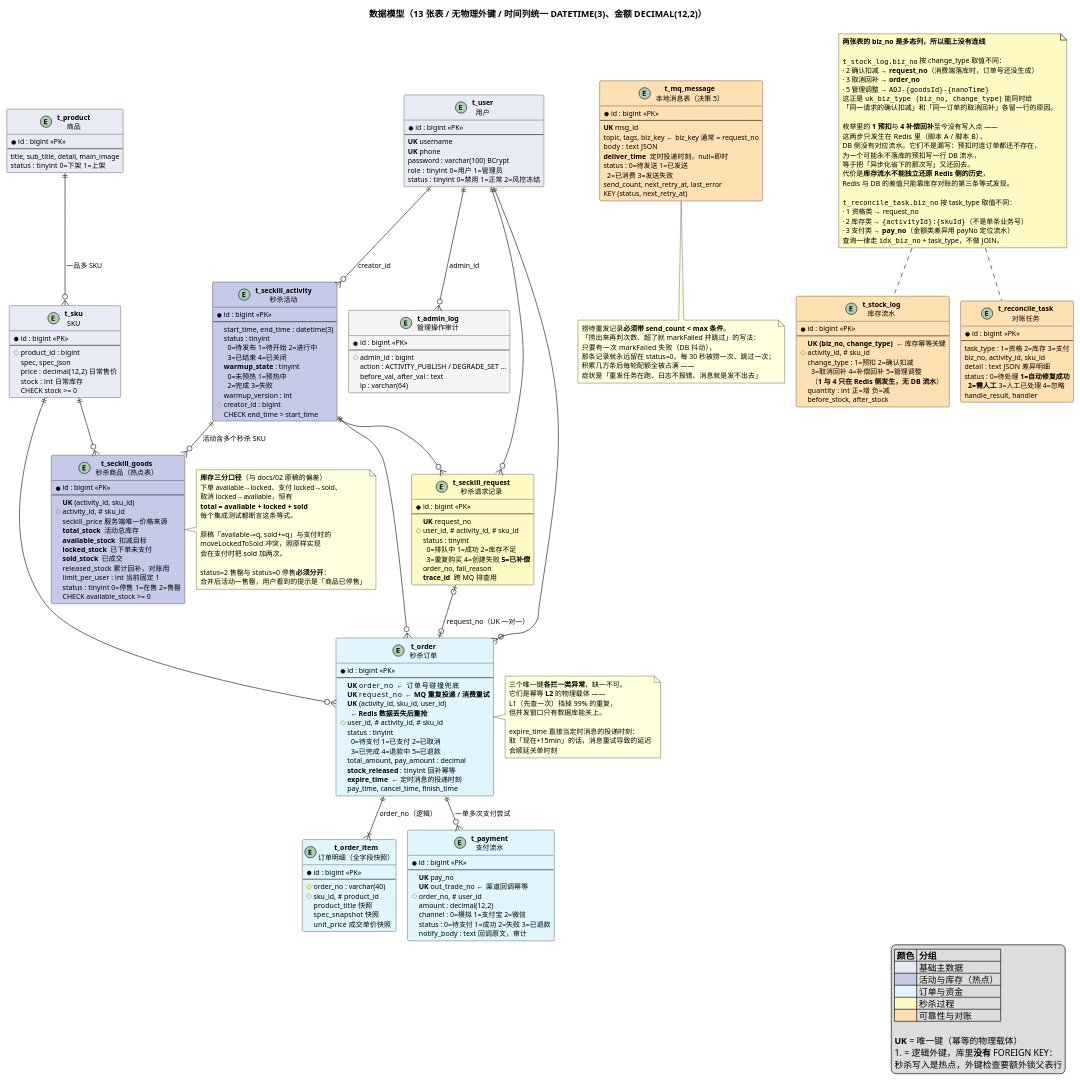
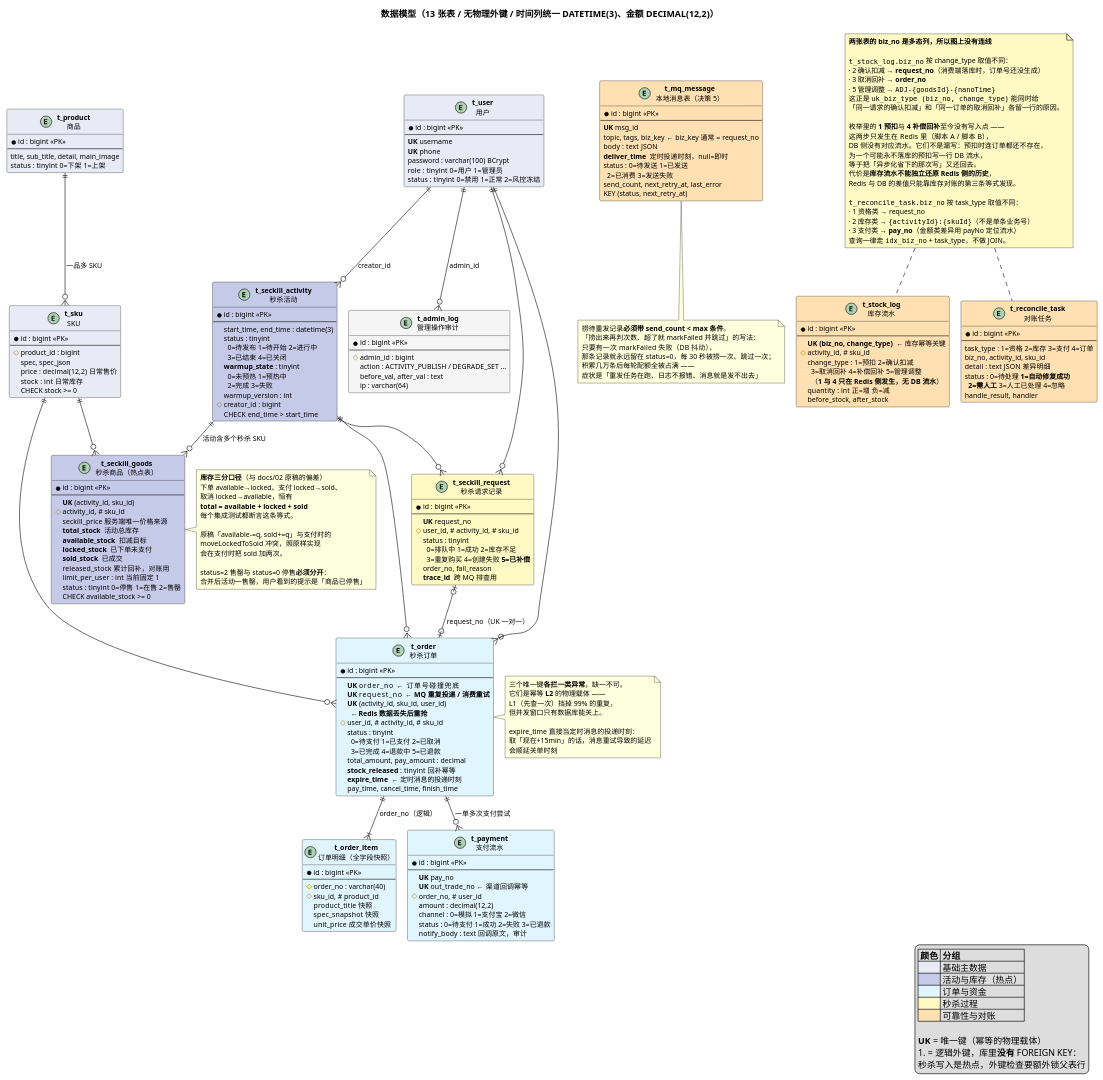
Before and after one commit to buhuiquming12/flash_sale_system: the diagram in docs/uml/07-ER图.puml, drawn with PlantUML. The commit also changed 46 other files, not shown here.

```diff
--- a/docs/uml/07-ER图.puml
+++ b/docs/uml/07-ER图.puml
@@ -186,7 +186,7 @@
 entity "**t_reconcile_task**\n对账任务" as rec #FFE0B2 {
   * id : bigint <<PK>>
   --
-  task_type : 1=资格 2=库存 3=支付
+  task_type : 1=资格 2=库存 3=支付 4=订单
   biz_no, activity_id, sku_id
   detail : text  JSON 差异明细
   status : 0=待处理 **1=自动修复成功**\n  **2=需人工** 3=人工已处理 4=忽略
```
